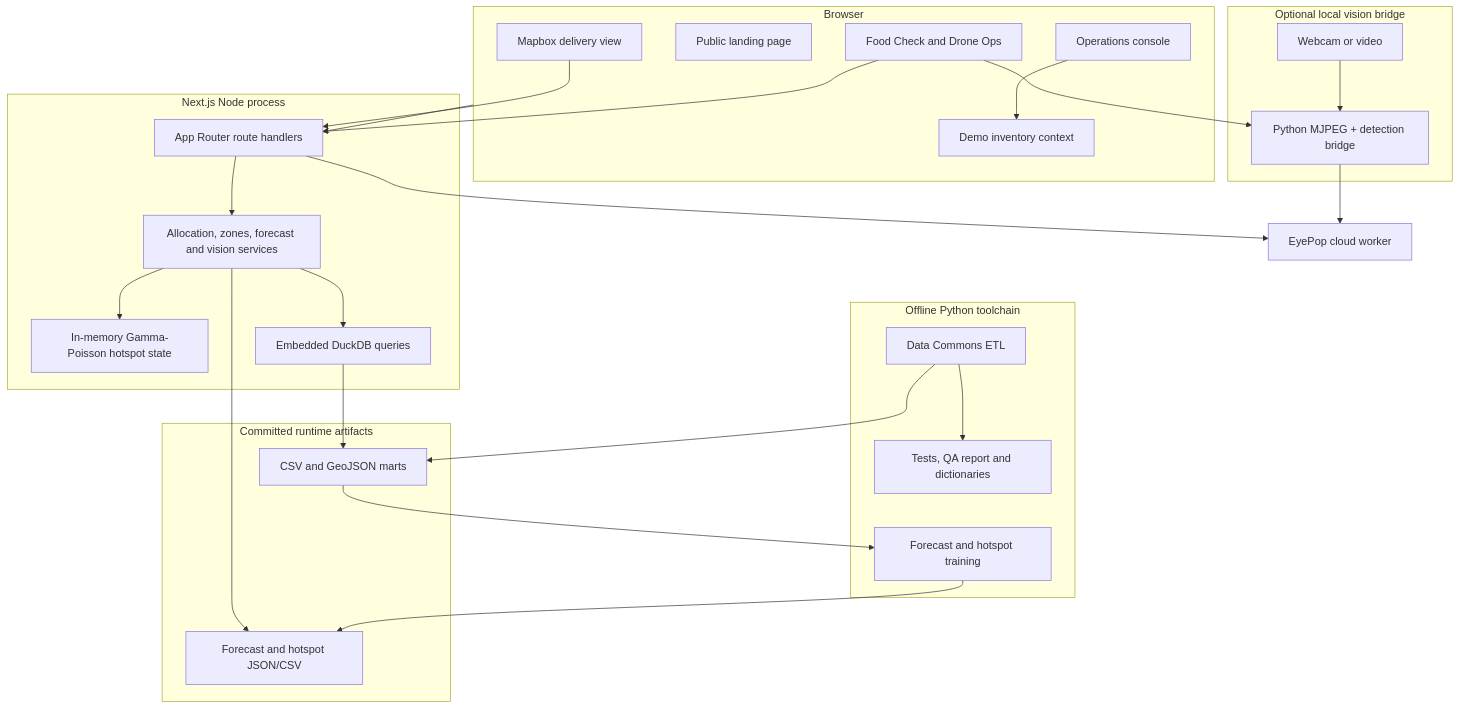
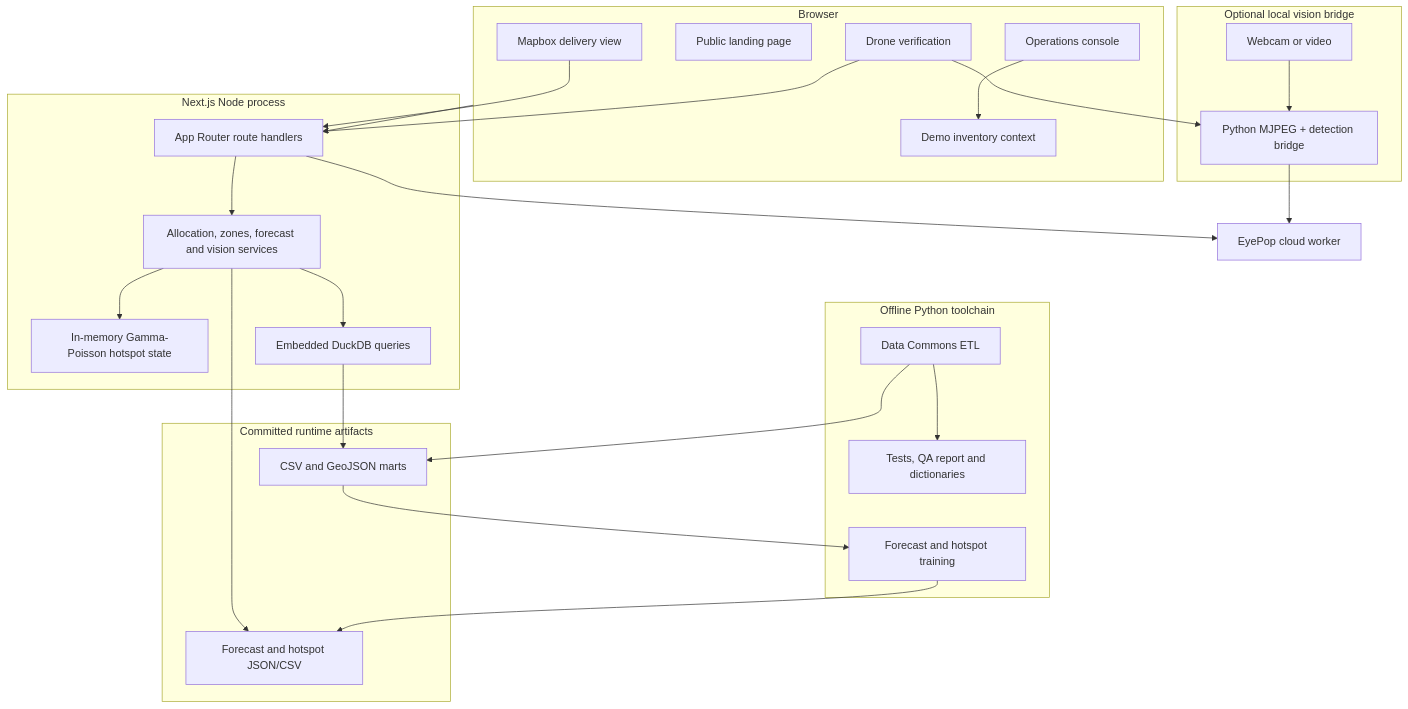
The second of 5 diagrams in docs/ARCHITECTURE.md (pynay/DSAHacks), drawn with Mermaid before and after one commit. The commit also changed other lines of this file and 15 other files, not shown here.

````diff
--- a/docs/ARCHITECTURE.md
+++ b/docs/ARCHITECTURE.md
@@ -50,51 +50,51 @@
 ```mermaid
 flowchart TB
     subgraph browser[Browser]
         landing[Public landing page]
         console[Operations console]
         clientState[Demo inventory context]
         map[Mapbox delivery view]
-        visionUI[Food Check and Drone Ops]
+        visionUI[Drone verification]
     end
 
     subgraph next[Next.js Node process]
         routes[App Router route handlers]
         services[Allocation, zones, forecast and vision services]
         live[In-memory Gamma-Poisson hotspot state]
         duck[Embedded DuckDB queries]
     end
 
     subgraph artifacts[Committed runtime artifacts]
         marts[CSV and GeoJSON marts]
         modelJson[Forecast and hotspot JSON/CSV]
     end
 
     subgraph offline[Offline Python toolchain]
         commons[Data Commons ETL]
         models[Forecast and hotspot training]
         qa[Tests, QA report and dictionaries]
     end
 
     subgraph bridge[Optional local vision bridge]
         webcam[Webcam or video]
         pybridge[Python MJPEG + detection bridge]
     end
 
     browser --> routes
     console --> clientState
     map --> routes
     visionUI --> routes
     visionUI --> pybridge
     routes --> services
     services --> live
     services --> duck
     duck --> marts
     services --> modelJson
     commons --> marts
     commons --> qa
     marts --> models
     models --> modelJson
     webcam --> pybridge
     pybridge --> eyepopCloud[EyePop cloud worker]
     routes --> eyepopCloud
 ```
````
